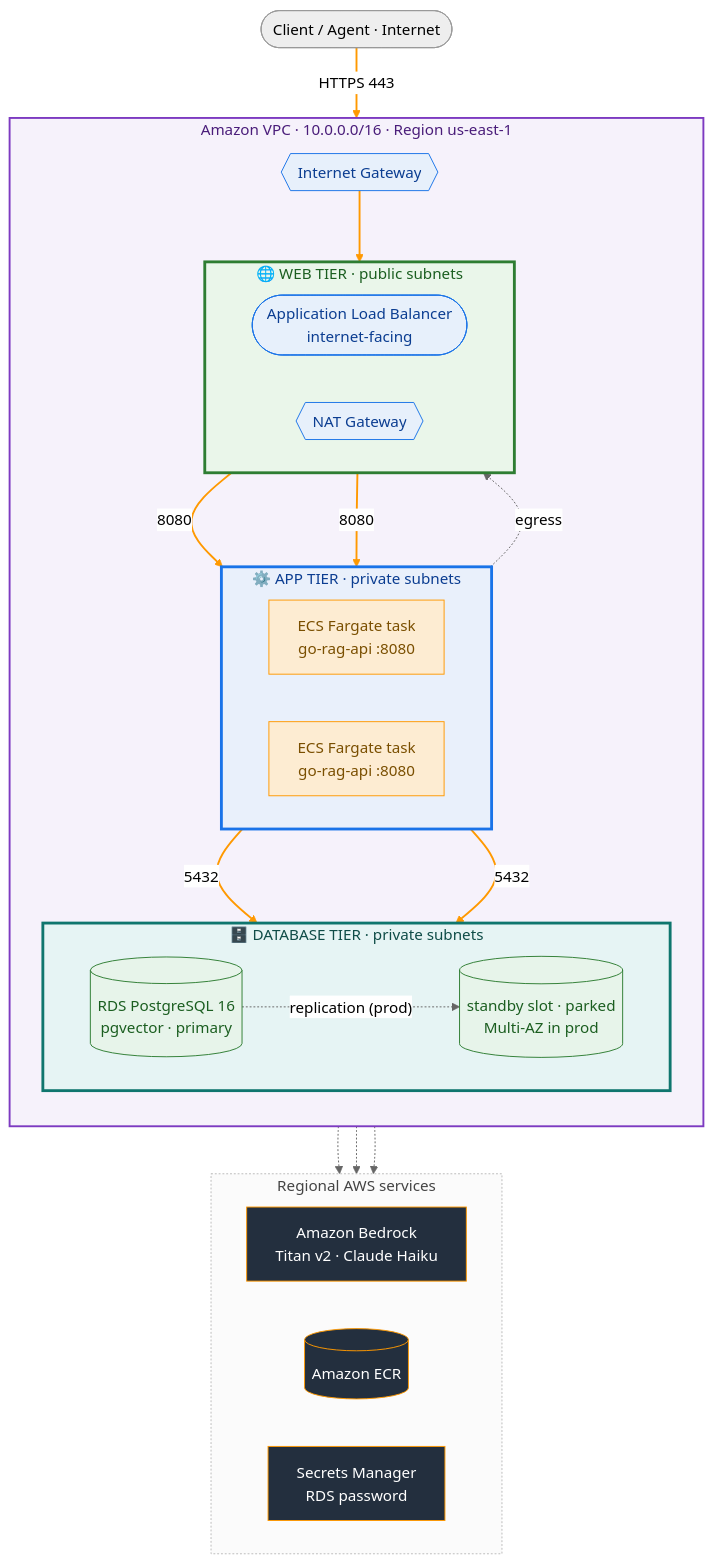
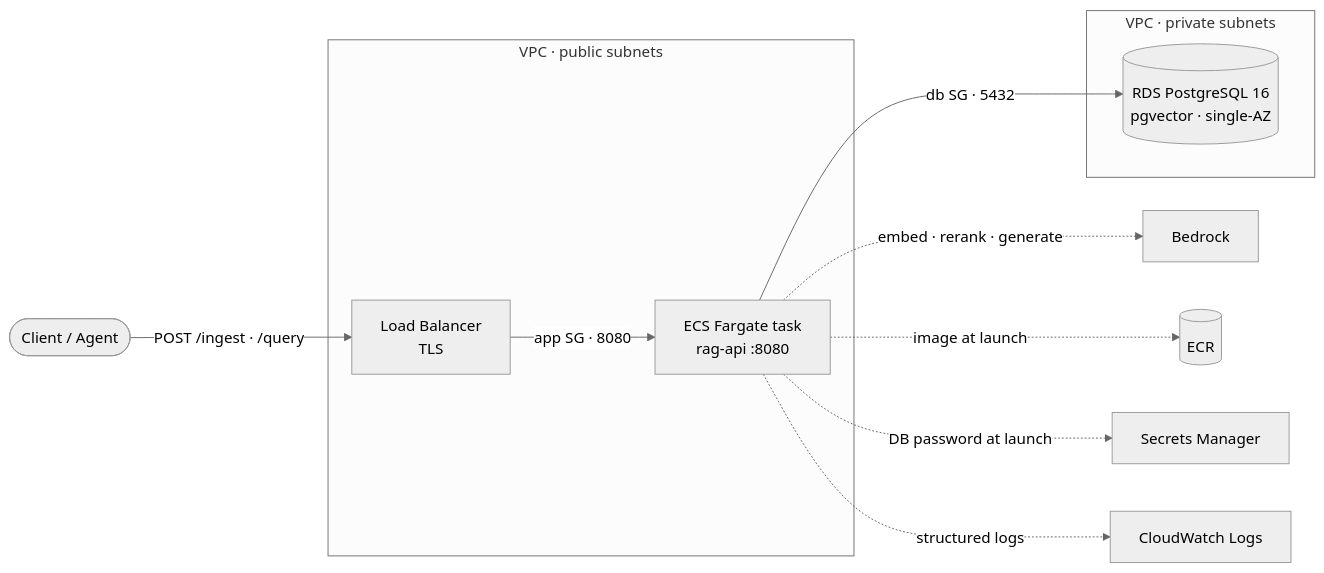
Before and after one commit to Go-Santiago-Go/rag-api: the second of 2 diagrams in README.md, drawn with Mermaid (neutral theme). The commit also changed other lines of this file and 14 other files, not shown here.

````diff
--- a/README.md
+++ b/README.md
@@ -86,63 +143,19 @@
 ```mermaid
-flowchart TB
-    user(["Client / Agent · Internet"])
+flowchart LR
+    user(["Client / Agent"])
 
-    subgraph vpc["Amazon VPC · 10.0.0.0/16 · Region us-east-1"]
-        direction TB
-        igw{{"Internet Gateway"}}
-
-        subgraph web["🌐  WEB TIER · public subnets"]
-            direction LR
-            alb(["Application Load Balancer<br/>internet-facing"])
-            nat{{"NAT Gateway"}}
-        end
-
-        subgraph app["⚙️  APP TIER · private subnets"]
-            direction LR
-            taskA["ECS Fargate task<br/>go-rag-api :8080"]
-            taskB["ECS Fargate task<br/>go-rag-api :8080"]
-        end
-
-        subgraph data["🗄️  DATABASE TIER · private subnets"]
-            direction LR
-            rds[("RDS PostgreSQL 16<br/>pgvector · primary")]
-            standby[("standby slot · parked<br/>Multi-AZ in prod")]
-        end
+    subgraph public["VPC · public subnets"]
+        alb["Load Balancer<br/>TLS"] -->|"app SG · 8080"| task["ECS Fargate task<br/>rag-api :8080"]
     end
 
-    subgraph svc["Regional AWS services"]
-        direction LR
-        bedrock["Amazon Bedrock<br/>Titan v2 · Claude Haiku"]
-        ecr[("Amazon ECR")]
-        secrets["Secrets Manager<br/>RDS password"]
+    subgraph private["VPC · private subnets"]
+        rds[("RDS PostgreSQL 16<br/>pgvector · single-AZ")]
     end
 
-    user ==>|"HTTPS 443"| igw
-    igw ==> alb
-    alb ==>|"8080"| taskA
-    alb ==>|"8080"| taskB
-    taskA ==>|"5432"| rds
-    taskB ==>|"5432"| rds
-    rds -.->|"replication (prod)"| standby
-    taskA -.->|"egress"| nat
-    nat -.-> bedrock
-    nat -.-> ecr
-    nat -.-> secrets
-
-    classDef ext fill:#232f3e,stroke:#ff9900,color:#ffffff;
-    classDef net fill:#e7f0fb,stroke:#1a73e8,color:#0b3d91;
-    classDef compute fill:#fdecd2,stroke:#ff9900,color:#7a4f01;
-    classDef db fill:#e7f4ea,stroke:#2e7d32,color:#1b5e20;
-    class bedrock,ecr,secrets ext;
-    class igw,alb,nat net;
-    class taskA,taskB compute;
-    class rds,standby db;
-
-    style vpc fill:#f6f2fb,stroke:#7d3ac1,stroke-width:2px,color:#4a1d7a;
-    style web fill:#eaf6ea,stroke:#2e7d32,stroke-width:3px,color:#1b5e20;
-    style app fill:#e9f0fb,stroke:#1a73e8,stroke-width:3px,color:#0b3d91;
-    style data fill:#e6f4f4,stroke:#0f766e,stroke-width:3px,color:#0f4c47;
-    style svc fill:#fbfbfb,stroke:#bbbbbb,stroke-dasharray:2 2,color:#444444;
-
-    linkStyle 0,1,2,3,4,5 stroke:#ff9900,stroke-width:2px;
+    user -->|"POST /ingest · /query"| alb
+    task -->|"db SG · 5432"| rds
+    task -.->|"embed · rerank · generate"| bedrock["Bedrock"]
+    task -.->|"image at launch"| ecr[("ECR")]
+    task -.->|"DB password at launch"| sm["Secrets Manager"]
+    task -.->|"structured logs"| cw["CloudWatch Logs"]
 ```
````
